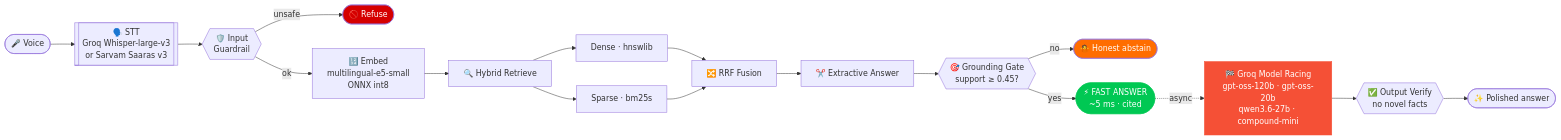
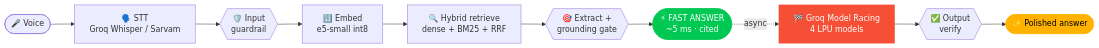
The first of 3 diagrams in README.md (manishchandraraturi/voice-rag), drawn with Mermaid before and after one commit. The commit also changed other lines of this file and 1 other file, not shown here.

````diff
--- a/README.md
+++ b/README.md
@@ -60,24 +60,16 @@
 ```mermaid
 flowchart LR
-    A([🎤 Voice]) --> B[["🗣️ STT<br/>Groq Whisper-large-v3<br/>or Sarvam Saaras v3"]]
-    B --> C{{"🛡️ Input<br/>Guardrail"}}
-    C -- unsafe --> X([🚫 Refuse])
-    C -- ok --> D["🔢 Embed<br/>multilingual-e5-small<br/>ONNX int8"]
-    D --> E["🔍 Hybrid Retrieve"]
-    E --> E1["Dense · hnswlib"]
-    E --> E2["Sparse · bm25s"]
-    E1 --> F["🔀 RRF Fusion"]
-    E2 --> F
-    F --> G["✂️ Extractive Answer"]
-    G --> H{{"🎯 Grounding Gate<br/>support ≥ 0.45?"}}
-    H -- no --> Y([🤷 Honest abstain])
-    H -- yes --> I(["⚡ FAST ANSWER<br/>~5 ms · cited"])
-    I -. async .-> J["🏁 Groq Model Racing<br/>gpt-oss-120b · gpt-oss-20b<br/>qwen3.6-27b · compound-mini"]
-    J --> K{{"✅ Output Verify<br/>no novel facts"}}
-    K --> L(["✨ Polished answer"])
+    A(["🎤 Voice"]) --> B["🗣️ STT<br/>Groq Whisper / Sarvam"]
+    B --> C{{"🛡️ Input<br/>guardrail"}}
+    C --> D["🔢 Embed<br/>e5-small int8"]
+    D --> E["🔍 Hybrid retrieve<br/>dense + BM25 + RRF"]
+    E --> F{{"🎯 Extract +<br/>grounding gate"}}
+    F --> G(["⚡ FAST ANSWER<br/>~5 ms · cited"])
+    G -.->|async| H["🏁 Groq Model Racing<br/>4 LPU models"]
+    H --> I{{"✅ Output<br/>verify"}}
+    I --> J(["✨ Polished answer"])
 
-    style I fill:#00c853,color:#fff,stroke:#00c853
-    style J fill:#F55036,color:#fff,stroke:#F55036
-    style X fill:#d50000,color:#fff
-    style Y fill:#ff6d00,color:#fff
+    style G fill:#00c853,color:#fff,stroke:#00c853
+    style H fill:#F55036,color:#fff,stroke:#F55036
+    style J fill:#ffb300,color:#000,stroke:#ffb300
 ```
````
